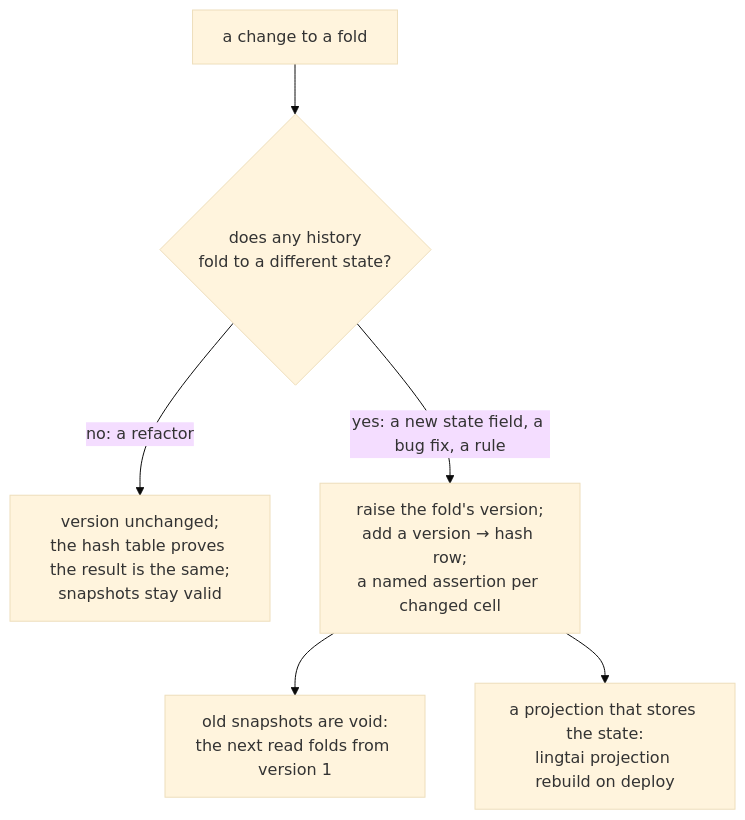
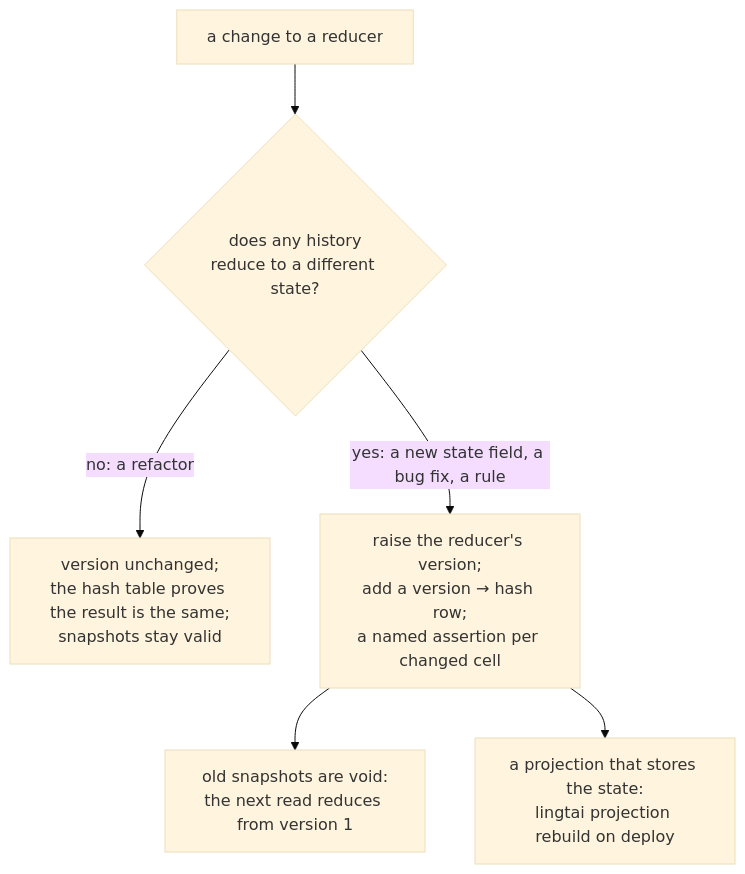
The fourth of 4 diagrams in doc/design/one-fold-per-stream.md (steven-zhc/lingtai), drawn with Mermaid (base theme) before and after one commit. The commit also changed other lines of this file and 310 other files, not shown here.

````diff
--- a/doc/design/one-fold-per-stream.md
+++ b/doc/design/one-fold-per-stream.md
@@ -90,8 +90,8 @@
 ```mermaid
 flowchart TB
-  C["a change to a fold"] --> Q{"does any history<br/>fold to a different state?"}
+  C["a change to a reducer"] --> Q{"does any history<br/>reduce to a different state?"}
   Q -->|"no: a refactor"| K["version unchanged;<br/>the hash table proves the result is the same;<br/>snapshots stay valid"]
-  Q -->|"yes: a new state field, a bug fix, a rule"| U["raise the fold's version;<br/>add a version → hash row;<br/>a named assertion per changed cell"]
-  U --> X["old snapshots are void:<br/>the next read folds from version 1"]
+  Q -->|"yes: a new state field, a bug fix, a rule"| U["raise the reducer's version;<br/>add a version → hash row;<br/>a named assertion per changed cell"]
+  U --> X["old snapshots are void:<br/>the next read reduces from version 1"]
   U --> RB["a projection that stores the state:<br/>lingtai projection rebuild on deploy"]
 ```
````
